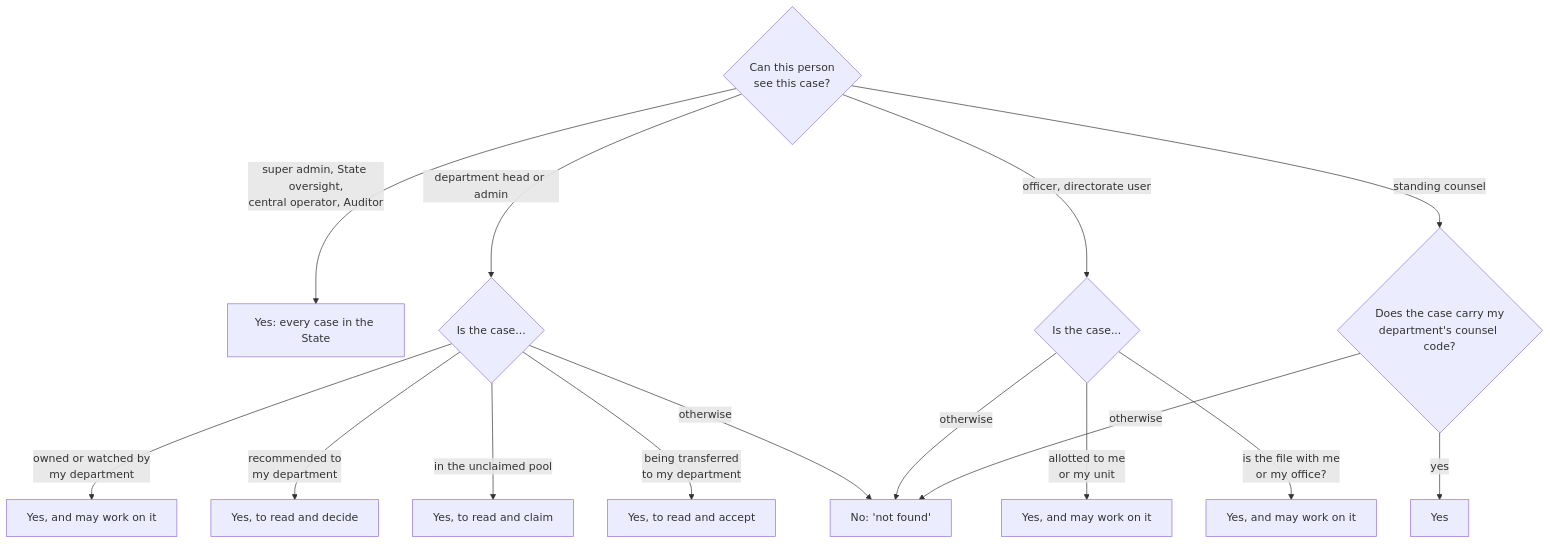
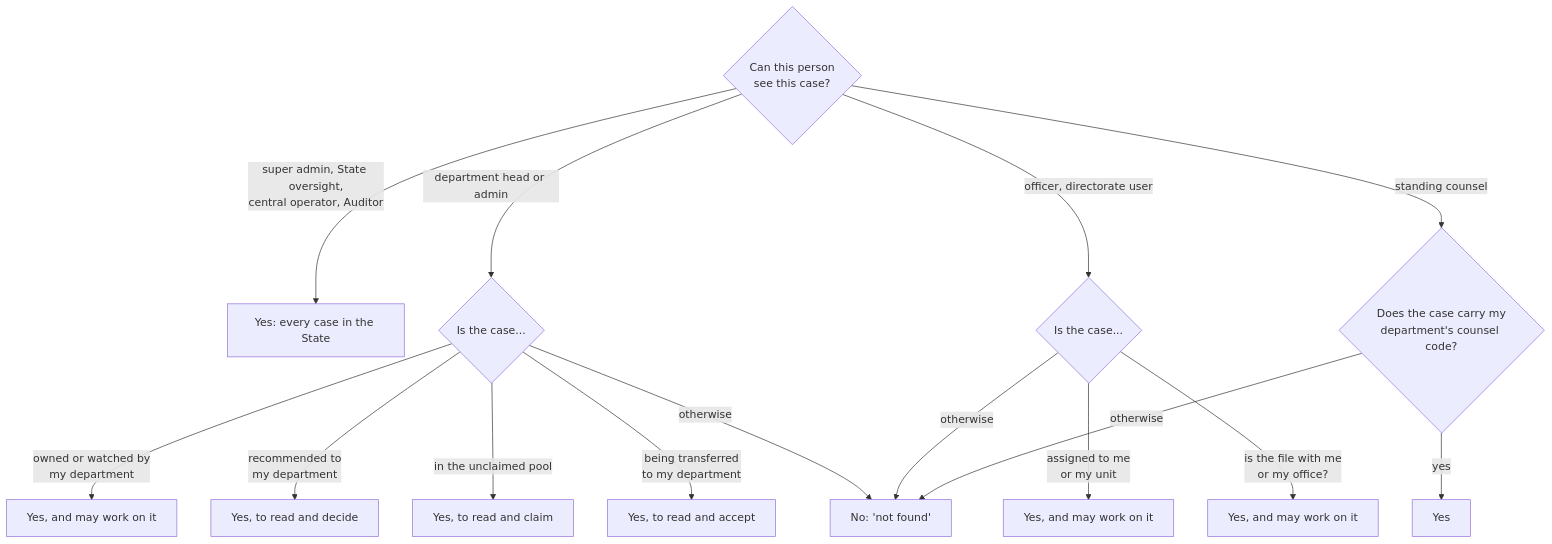
One commit to nayanlhuzuri/ASLMS changed the seventh of 10 diagrams in docs/ASLMS_Process_Workflows.md. Above: the diagram before and after it, drawn with Mermaid. The commit also changed other lines of this file and 10 other files, not shown here.

````diff
--- a/docs/ASLMS_Process_Workflows.md
+++ b/docs/ASLMS_Process_Workflows.md
@@ -442,16 +496,16 @@
 ```mermaid
 flowchart TD
     Q{"Can this person<br/>see this case?"}
     Q -->|"super admin, State oversight,<br/>central operator, Auditor"| ALL["Yes: every case in the State"]
     Q -->|"department head or admin"| DEPT{"Is the case..."}
     DEPT -->|"owned or watched by<br/>my department"| Y1[Yes, and may work on it]
     DEPT -->|"recommended to<br/>my department"| Y2[Yes, to read and decide]
     DEPT -->|"in the unclaimed pool"| Y3[Yes, to read and claim]
     DEPT -->|"being transferred<br/>to my department"| Y4[Yes, to read and accept]
     Q -->|"officer, directorate user"| OFF{"Is the case..."}
-    OFF -->|"allotted to me<br/>or my unit"| Y5[Yes, and may work on it]
+    OFF -->|"assigned to me<br/>or my unit"| Y5[Yes, and may work on it]
     OFF -->|"is the file with me<br/>or my office?"| Y6[Yes, and may work on it]
     Q -->|"standing counsel"| SC{"Does the case carry my<br/>department's counsel code?"}
     SC -->|yes| Y7[Yes]
     DEPT & OFF & SC -->|otherwise| NO["No: 'not found'"]
 ```
````
